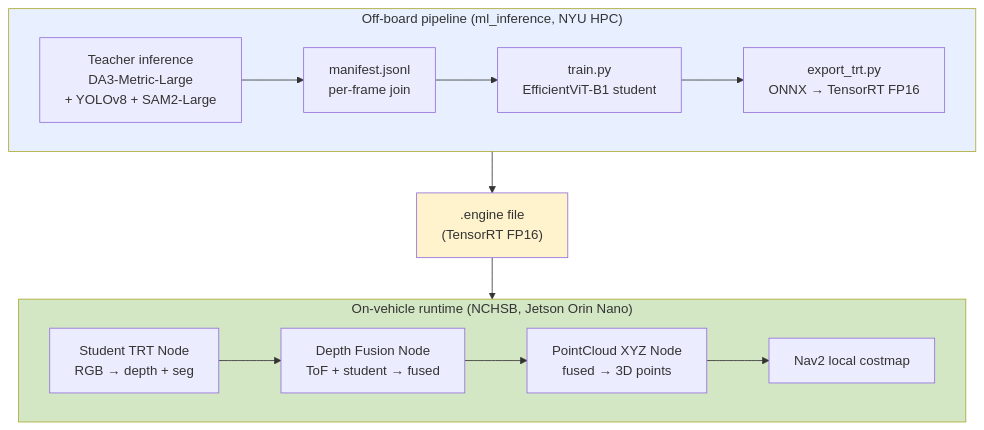
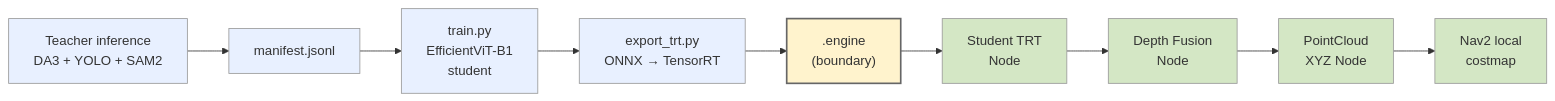
Before and after one commit to Nishant-ZFYII/ml_inference: the first of 4 diagrams in docs/architecture.md, drawn with Mermaid. The commit also changed other lines of this file, not shown here.

```diff
--- a/docs/architecture.md
+++ b/docs/architecture.md
@@ -16,29 +16,18 @@
 <div class="mermaid">
-flowchart TB
-    subgraph HPC["Off-board pipeline (ml_inference, NYU HPC)"]
-        direction LR
-        T["Teacher inference<br/>DA3-Metric-Large<br/>+ YOLOv8 + SAM2-Large"]
-        M["manifest.jsonl<br/>per-frame join"]
-        TR["train.py<br/>EfficientViT-B1 student"]
-        EX["export_trt.py<br/>ONNX → TensorRT FP16"]
-        T --> M --> TR --> EX
-    end
+flowchart LR
+    T["Teacher inference<br/>DA3 + YOLO + SAM2"]:::hpc
+    M["manifest.jsonl"]:::hpc
+    TR["train.py<br/>EfficientViT-B1<br/>student"]:::hpc
+    EX["export_trt.py<br/>ONNX → TensorRT"]:::hpc
+    AR[".engine<br/>(boundary)"]:::pivot
+    STN["Student TRT<br/>Node"]:::jet
+    DFN["Depth Fusion<br/>Node"]:::jet
+    PCN["PointCloud<br/>XYZ Node"]:::jet
+    N2["Nav2 local<br/>costmap"]:::jet
 
-    ARTIFACT[".engine file<br/>(TensorRT FP16)"]
-    EX --> ARTIFACT
+    T --> M --> TR --> EX --> AR --> STN --> DFN --> PCN --> N2
 
-    subgraph JETSON["On-vehicle runtime (NCHSB, Jetson Orin Nano)"]
-        direction LR
-        STN["Student TRT Node<br/>RGB → depth + seg"]
-        DFN["Depth Fusion Node<br/>ToF + student → fused"]
-        PCN["PointCloud XYZ Node<br/>fused → 3D points"]
-        N2["Nav2 local costmap"]
-        STN --> DFN --> PCN --> N2
-    end
-
-    ARTIFACT --> STN
-
-    style HPC fill:#e8f0ff
-    style JETSON fill:#d4e7c5
-    style ARTIFACT fill:#fff3cd
+    classDef hpc fill:#e8f0ff,stroke:#999
+    classDef jet fill:#d4e7c5,stroke:#999
+    classDef pivot fill:#fff3cd,stroke:#666,stroke-width:2px
 </div>
```
